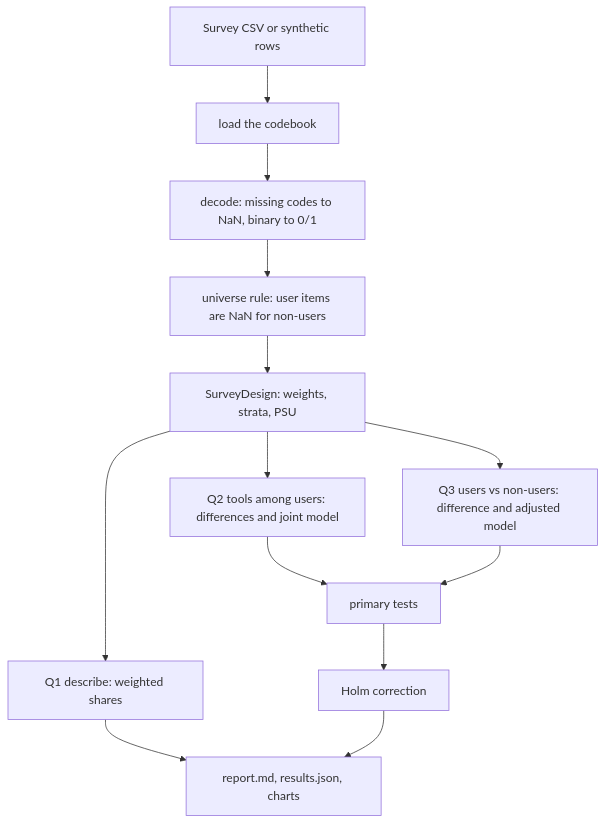
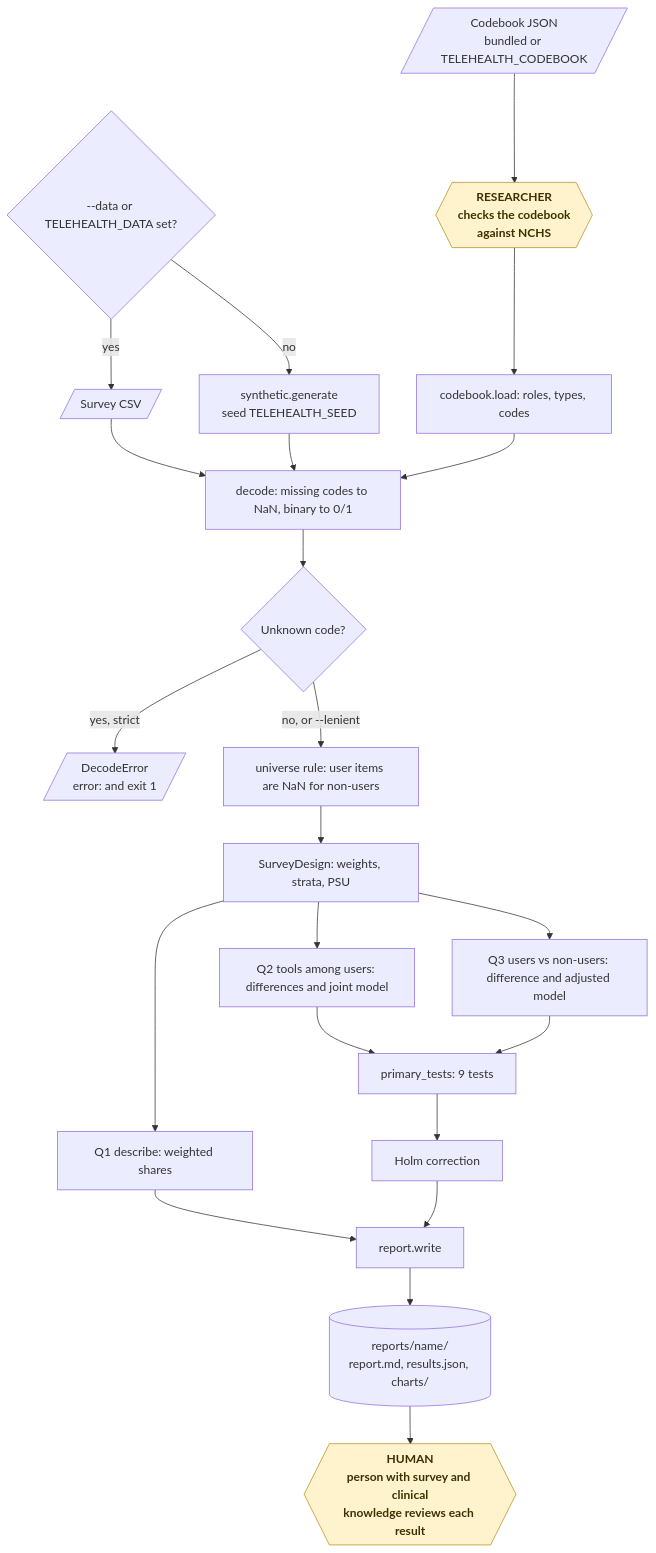
The fifth of 18 diagrams in README.md (KrishnaAnnavaram/telehealth-insights), drawn with Mermaid before and after one commit. The commit also changed other lines of this file, not shown here.

Commit message:
Add the workflow diagrams to the README

````diff
--- a/README.md
+++ b/README.md
@@ -211,15 +260,27 @@
 ```mermaid
-flowchart TB
-    CSV["Survey CSV or synthetic rows"] --> CB["load the codebook"]
-    CB --> DEC["decode: missing codes to NaN, binary to 0/1"]
-    DEC --> UNI["universe rule: user items are NaN for non-users"]
+flowchart TD
+    CBJ[/"Codebook JSON<br/>bundled or TELEHEALTH_CODEBOOK"/] --> CHK{{"RESEARCHER<br/>checks the codebook<br/>against NCHS"}}
+    CHK --> CB["codebook.load: roles, types, codes"]
+    SRC{"--data or TELEHEALTH_DATA set?"} -- "yes" --> CSV[/"Survey CSV"/]
+    SRC -- "no" --> SYN["synthetic.generate<br/>seed TELEHEALTH_SEED"]
+    CSV --> DEC["decode: missing codes to NaN, binary to 0/1"]
+    SYN --> DEC
+    CB --> DEC
+    DEC --> UNK{"Unknown code?"}
+    UNK -- "yes, strict" --> ERR[/"DecodeError<br/>error: and exit 1"/]
+    UNK -- "no, or --lenient" --> UNI["universe rule: user items are NaN for non-users"]
     UNI --> DES["SurveyDesign: weights, strata, PSU"]
     DES --> Q1["Q1 describe: weighted shares"]
     DES --> Q2["Q2 tools among users: differences and joint model"]
     DES --> Q3["Q3 users vs non-users: difference and adjusted model"]
-    Q2 --> FAM["primary tests"]
+    Q2 --> FAM["primary_tests: 9 tests"]
     Q3 --> FAM
     FAM --> HOLM["Holm correction"]
-    Q1 --> REP["report.md, results.json, charts"]
+    Q1 --> REP["report.write"]
     HOLM --> REP
+    REP --> STORE[("reports/name/<br/>report.md, results.json, charts/")]
+    STORE --> REV{{"HUMAN<br/>person with survey and clinical<br/>knowledge reviews each result"}}
+
+    classDef human fill:#fff3cd,stroke:#b8901f,color:#3d2f00,font-weight:bold
+    class CHK,REV human
 ```
````
